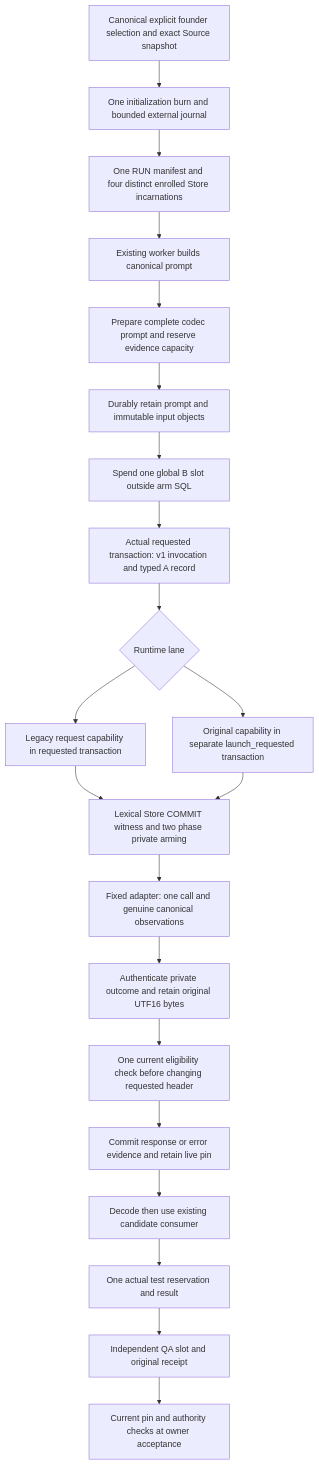
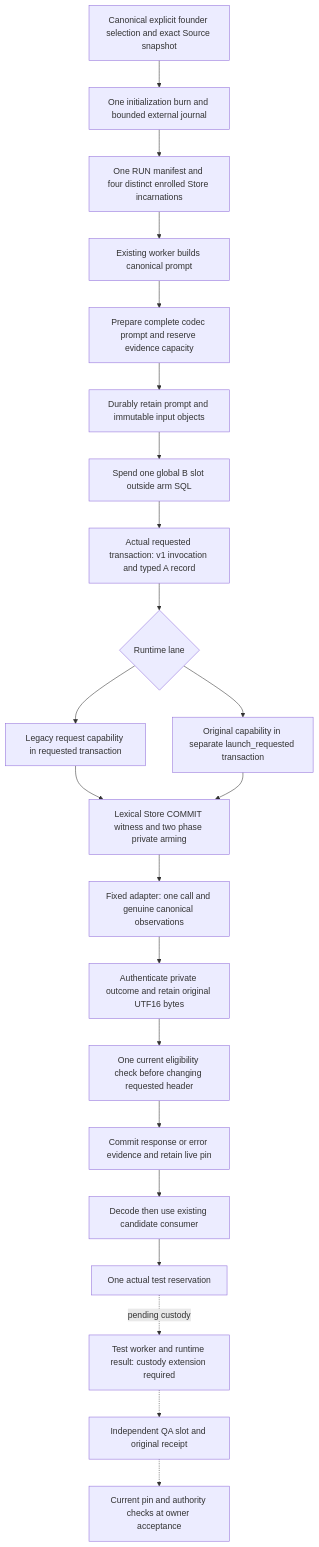
Before and after one commit to yimoburu/soloco: the diagram in docs/issue18-integrated-comparison.md, drawn with Mermaid. The commit also changed other lines of this file and 2 other files, not shown here.

Commit message:
State the comparison custody gap and distinguish prospective wiring

````diff
--- a/docs/issue18-integrated-comparison.md
+++ b/docs/issue18-integrated-comparison.md
@@ -24,27 +28,29 @@
 ```mermaid
 flowchart TD
   S[Canonical explicit founder selection and exact Source snapshot]
   B[One initialization burn and bounded external journal]
   R[One RUN manifest and four distinct enrolled Store incarnations]
   W[Existing worker builds canonical prompt]
   P[Prepare complete codec prompt and reserve evidence capacity]
   F[Durably retain prompt and immutable input objects]
   G[Spend one global B slot outside arm SQL]
   A[Actual requested transaction: v1 invocation and typed A record]
   O{Runtime lane}
   L[Legacy request capability in requested transaction]
   N[Original capability in separate launch_requested transaction]
   C[Lexical Store COMMIT witness and two phase private arming]
   I[Fixed adapter: one call and genuine canonical observations]
   T[Authenticate private outcome and retain original UTF16 bytes]
   E[One current eligibility check before changing requested header]
   H[Commit response or error evidence and retain live pin]
   D[Decode then use existing candidate consumer]
-  X[One actual test reservation and result]
+  X[One actual test reservation]
+  Y[Test worker and runtime result: custody extension required]
   Q[Independent QA slot and original receipt]
   V[Current pin and authority checks at owner acceptance]
   S --> B --> R --> W --> P --> F --> G --> A --> O
   O --> L --> C
   O --> N --> C
-  C --> I --> T --> E --> H --> D --> X --> Q --> V
+  C --> I --> T --> E --> H --> D --> X
+  X -. pending custody .-> Y -.-> Q -.-> V
 ```
````
